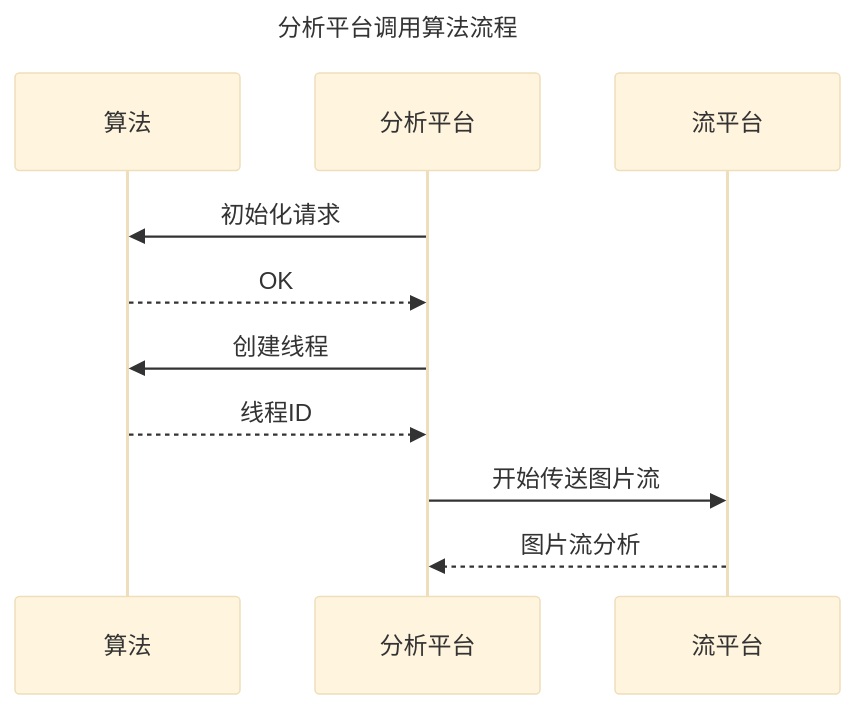
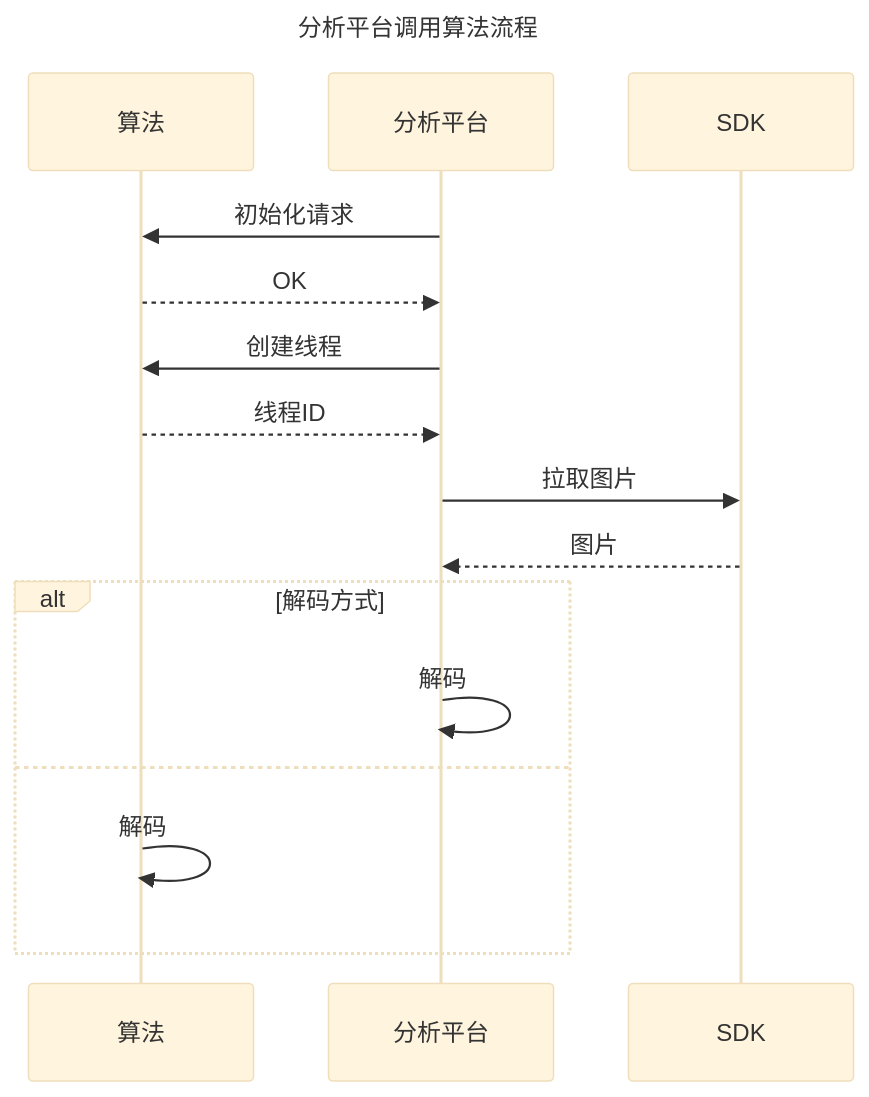
The fifth of 5 diagrams in 4G/SMC与CHECK EMEI.md (liao20081228/blog), drawn with Mermaid (base theme) before and after one commit.

Commit message:
更新文件 /4G/SMC与CHECK EMEI.md

````diff
--- a/4G/SMC与CHECK EMEI.md
+++ b/4G/SMC与CHECK EMEI.md
@@ -195,17 +195,23 @@
 ```mermaid!
 sequenceDiagram
 
 title: 分析平台调用算法流程
 participant P as 算法
 participant V as 分析平台
-participant S as 流平台
+participant S as SDK
 
 V->>P:初始化请求
 P-->>V:OK
 V->>P:创建线程
 P-->>V:线程ID
-V->>S:开始传送图片流
-S-->>V:图片流分析
+V->>S:拉取图片
+S-->>V:图片
+alt 解码方式
+V->>V:解码
+else
+P->>P:解码
+end
+
 
 
 ```
````
